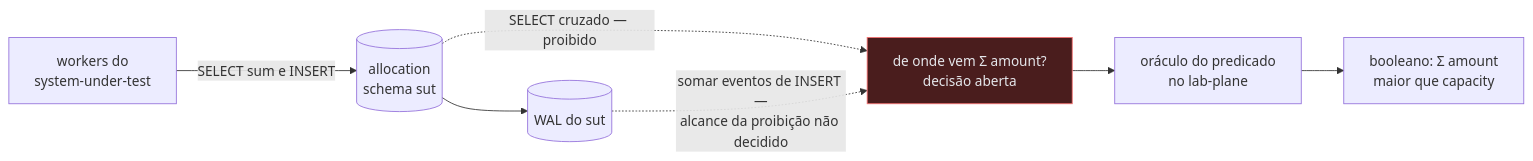
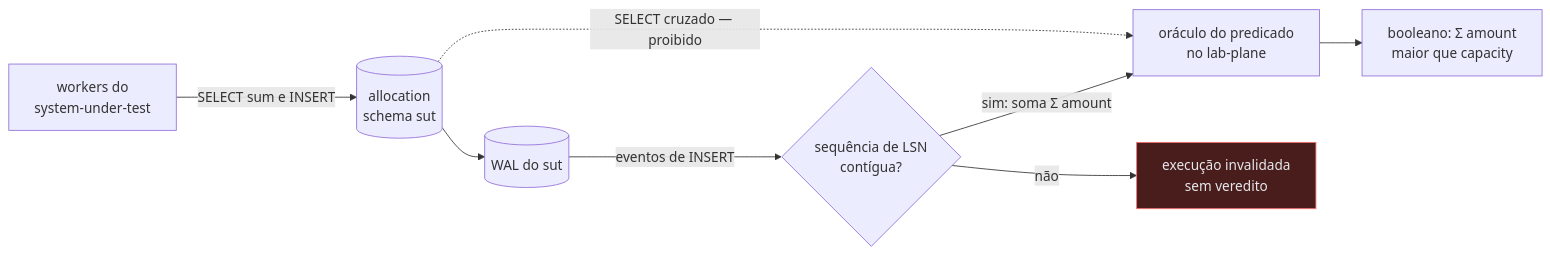
The diagram in docs/features/deteccao-de-protecao-inerte/feature-card.md (da0hn/distributed-systems-experiment-lab), drawn with Mermaid before and after one commit. The commit also changed other lines of this file and 8 other files, not shown here.

````diff
--- a/docs/features/deteccao-de-protecao-inerte/feature-card.md
+++ b/docs/features/deteccao-de-protecao-inerte/feature-card.md
@@ -74,15 +73,18 @@
 ```mermaid
 flowchart LR
     WK["workers do<br/>system-under-test"]
     AL[("allocation<br/>schema sut")]
     WAL[("WAL do sut")]
-    QQ["de onde vem Σ amount?<br/>decisão aberta"]
+    GD{"sequência de LSN<br/>contígua?"}
     OR["oráculo do predicado<br/>no lab-plane"]
     VD["booleano: Σ amount<br/>maior que capacity"]
+    IN["execução invalidada<br/>sem veredito"]
     WK -->|" SELECT sum e INSERT "| AL
     AL --> WAL
-    AL -.->|" SELECT cruzado — proibido "| QQ
-    WAL -.->|" somar eventos de INSERT —<br/>alcance da proibição não decidido "| QQ
-    QQ --> OR --> VD
-    style QQ fill: #4a1d1d, stroke: #f87171, color: #e5e7eb
+    AL -.->|" SELECT cruzado — proibido "| OR
+    WAL -->|" eventos de INSERT "| GD
+    GD -->|" não "| IN
+    GD -->|" sim: soma Σ amount "| OR
+    OR --> VD
+    style IN fill: #4a1d1d, stroke: #f87171, color: #e5e7eb
 ```
````
